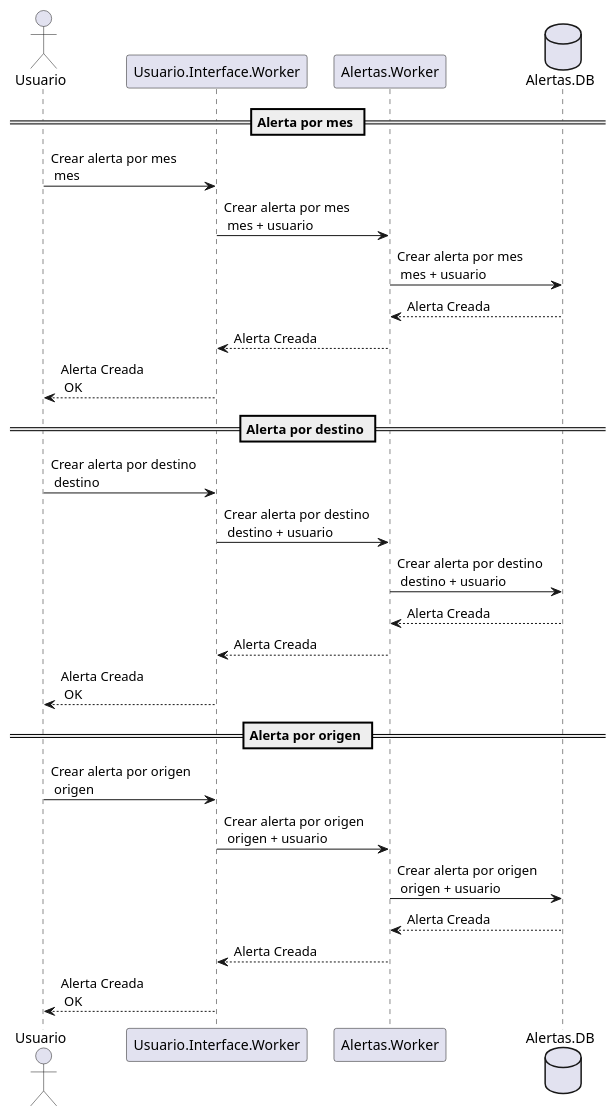
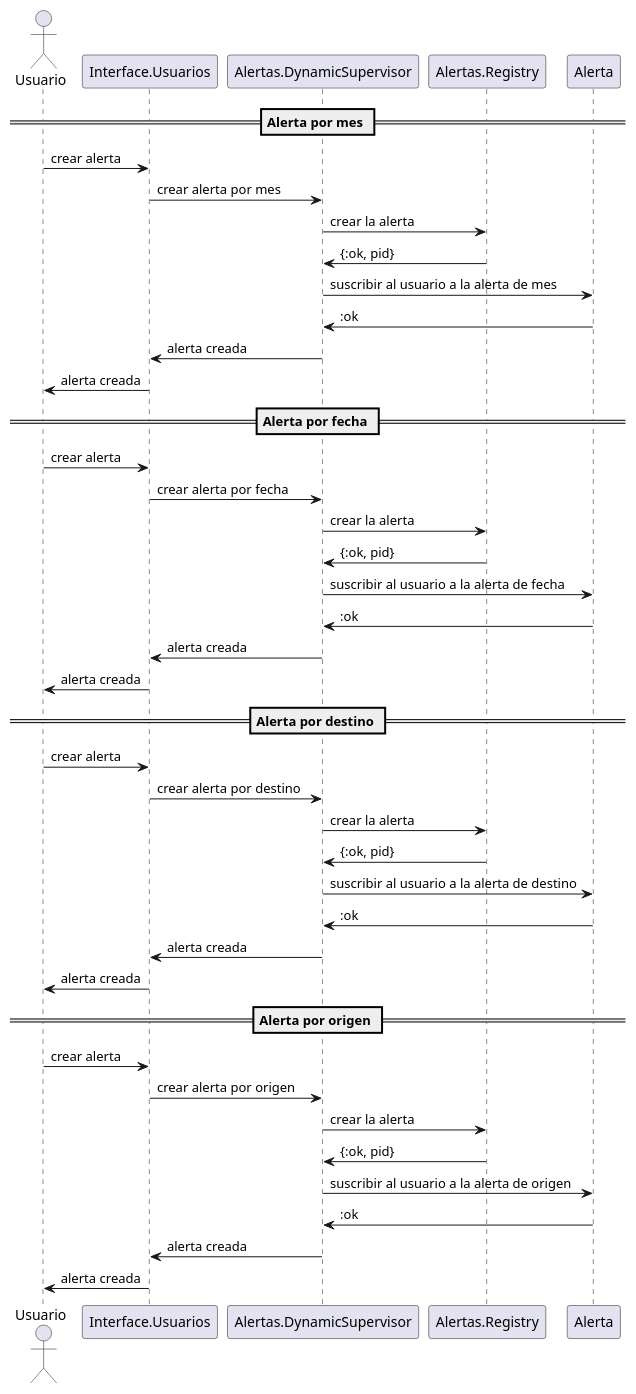
Before and after one commit to NicoMadd/levantar-vuelo: the diagram in diagrams/secuencia_creacion_de_alertas.puml, drawn with PlantUML. The commit also changed 1 other file, not shown here.

Commit message:
update: secuencia de creacion de alerta

```diff
--- a/diagrams/secuencia_creacion_de_alertas.puml
+++ b/diagrams/secuencia_creacion_de_alertas.puml
@@ -1,38 +1,54 @@
 @startuml Secuencia Creacion de alertas
+
 actor Usuario
-participant Usuario.Interface.Worker
-participant Alertas.Worker
-database Alertas.DB
+participant Interface.Usuarios
+participant Alertas.DynamicSupervisor
+participant Alertas.Registry
+participant Alerta
 
 == Alerta por mes == 
 
-Usuario -> Usuario.Interface.Worker: Crear alerta por mes \n mes
-Usuario.Interface.Worker -> Alertas.Worker: Crear alerta por mes \n mes + usuario
-Alertas.Worker -> Alertas.DB: Crear alerta por mes \n mes + usuario
-Alertas.Worker <-- Alertas.DB: Alerta Creada
-Usuario.Interface.Worker <-- Alertas.Worker: Alerta Creada
-Usuario <-- Usuario.Interface.Worker: Alerta Creada\n OK
+Usuario -> Interface.Usuarios: crear alerta
+Interface.Usuarios -> Alertas.DynamicSupervisor: crear alerta por mes
+Alertas.DynamicSupervisor -> Alertas.Registry: crear la alerta
+Alertas.Registry -> Alertas.DynamicSupervisor: {:ok, pid}
+Alertas.DynamicSupervisor -> Alerta: suscribir al usuario a la alerta de mes
+Alerta -> Alertas.DynamicSupervisor: :ok
+Alertas.DynamicSupervisor -> Interface.Usuarios: alerta creada
+Interface.Usuarios -> Usuario: alerta creada
+
+== Alerta por fecha == 
+
+Usuario -> Interface.Usuarios: crear alerta
+Interface.Usuarios -> Alertas.DynamicSupervisor: crear alerta por fecha
+Alertas.DynamicSupervisor -> Alertas.Registry: crear la alerta
+Alertas.Registry -> Alertas.DynamicSupervisor: {:ok, pid}
+Alertas.DynamicSupervisor -> Alerta: suscribir al usuario a la alerta de fecha
+Alerta -> Alertas.DynamicSupervisor: :ok
+Alertas.DynamicSupervisor -> Interface.Usuarios: alerta creada
+Interface.Usuarios -> Usuario: alerta creada
+
 
 == Alerta por destino == 
 
-Usuario -> Usuario.Interface.Worker: Crear alerta por destino \n destino
-Usuario.Interface.Worker -> Alertas.Worker: Crear alerta por destino \n destino + usuario
-Alertas.Worker -> Alertas.DB: Crear alerta por destino \n destino + usuario
-Alertas.Worker <-- Alertas.DB: Alerta Creada
-Usuario.Interface.Worker <-- Alertas.Worker: Alerta Creada
-Usuario <-- Usuario.Interface.Worker: Alerta Creada\n OK
+Usuario -> Interface.Usuarios: crear alerta
+Interface.Usuarios -> Alertas.DynamicSupervisor: crear alerta por destino
+Alertas.DynamicSupervisor -> Alertas.Registry: crear la alerta
+Alertas.Registry -> Alertas.DynamicSupervisor: {:ok, pid}
+Alertas.DynamicSupervisor -> Alerta: suscribir al usuario a la alerta de destino
+Alerta -> Alertas.DynamicSupervisor: :ok
+Alertas.DynamicSupervisor -> Interface.Usuarios: alerta creada
+Interface.Usuarios -> Usuario: alerta creada
 
 == Alerta por origen == 
 
-Usuario -> Usuario.Interface.Worker: Crear alerta por origen \n origen
-Usuario.Interface.Worker -> Alertas.Worker: Crear alerta por origen \n origen + usuario
-Alertas.Worker -> Alertas.DB: Crear alerta por origen \n origen + usuario
-Alertas.Worker <-- Alertas.DB: Alerta Creada
-Usuario.Interface.Worker <-- Alertas.Worker: Alerta Creada
-Usuario <-- Usuario.Interface.Worker: Alerta Creada\n OK
-
-
-
-
+Usuario -> Interface.Usuarios: crear alerta
+Interface.Usuarios -> Alertas.DynamicSupervisor: crear alerta por origen
+Alertas.DynamicSupervisor -> Alertas.Registry: crear la alerta
+Alertas.Registry -> Alertas.DynamicSupervisor: {:ok, pid}
+Alertas.DynamicSupervisor -> Alerta: suscribir al usuario a la alerta de origen
+Alerta -> Alertas.DynamicSupervisor: :ok
+Alertas.DynamicSupervisor -> Interface.Usuarios: alerta creada
+Interface.Usuarios -> Usuario: alerta creada
 
 @enduml
```
